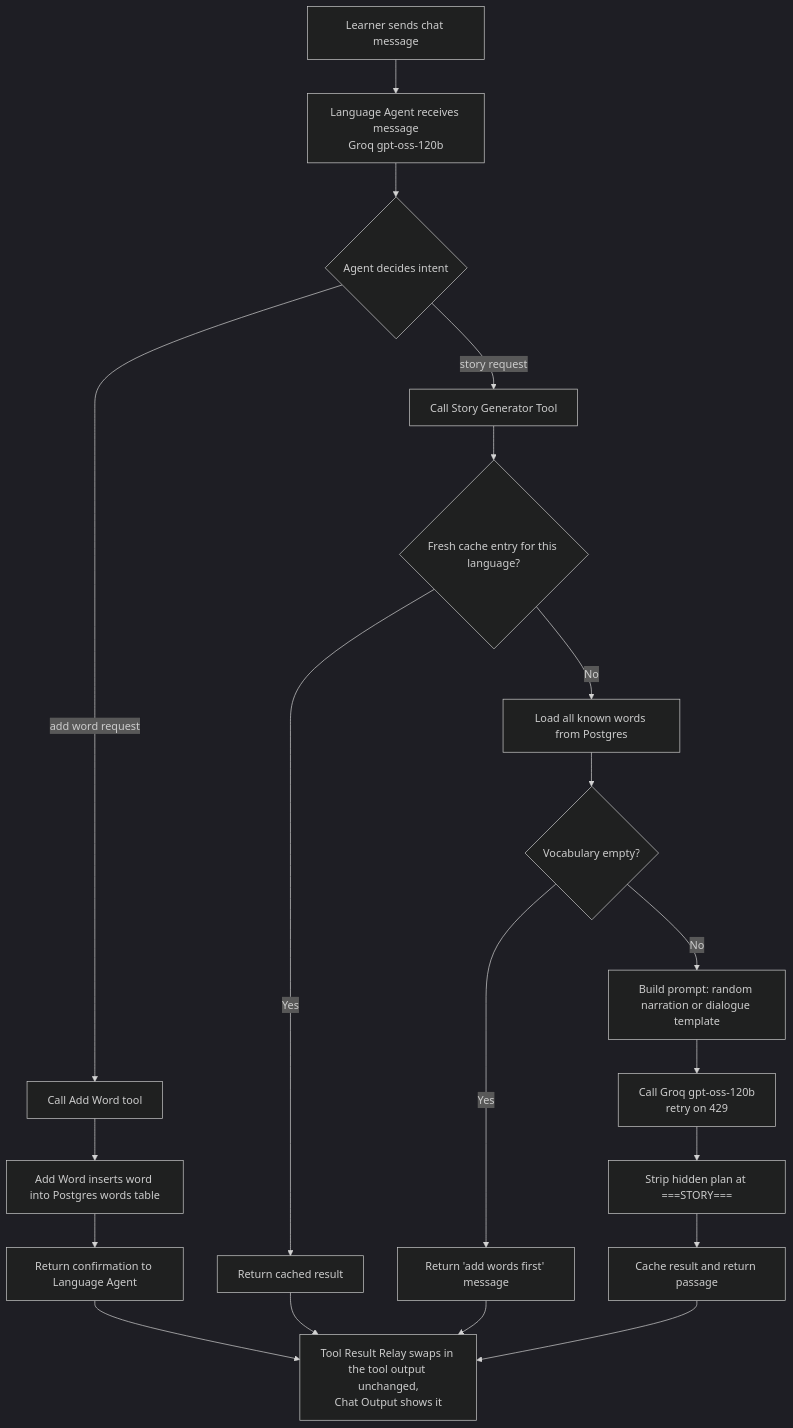
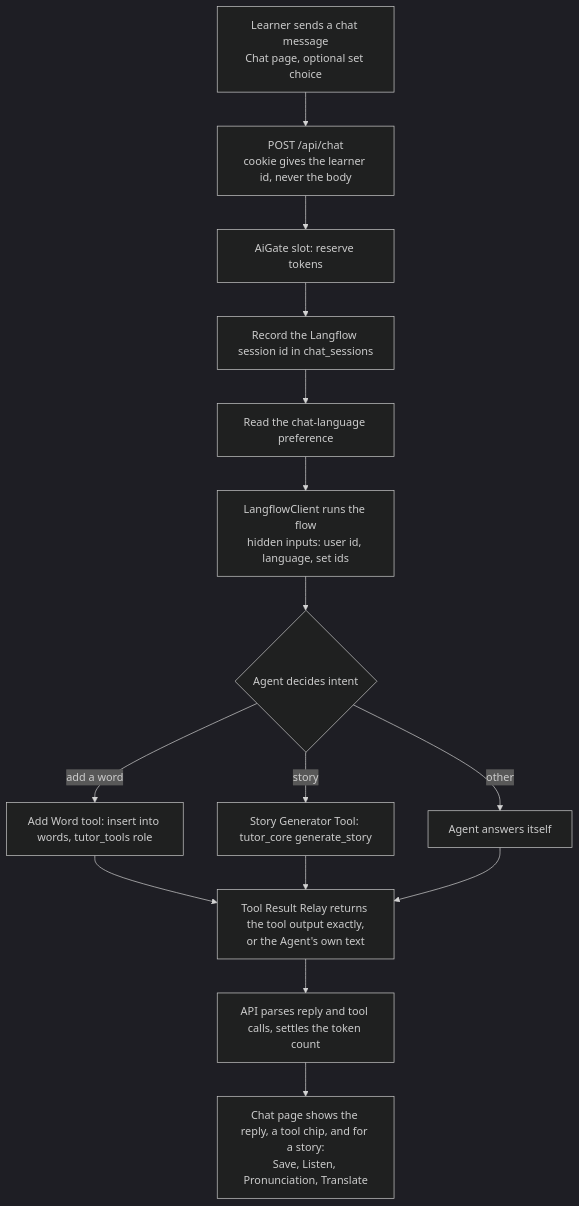
One commit to stanley-yang-2001/bpllc_project changed the first of 3 diagrams in docs/workflow-diagram.md. Above: the diagram before and after it, drawn with Mermaid (dark theme). The commit also changed other lines of this file and 127 other files, not shown here.

First line of the commit message:
Word sets, read aloud, pronunciation and translation, SOLID refactor, current diagrams (patches 0027 to 0031 combined)

````diff
--- a/docs/workflow-diagram.md
+++ b/docs/workflow-diagram.md
@@ -3,25 +8,17 @@
 ```mermaid
 flowchart TD
-    A[Learner sends chat message] --> B[Language Agent receives message<br/>Groq gpt-oss-120b]
-    B --> C{Agent decides intent}
-
-    C -->|"add word" request| D[Call Add Word tool]
-    C -->|"story" request| E[Call Story Generator Tool]
-
-    D --> D1[Add Word inserts word into Postgres words table]
-    D1 --> D2[Return confirmation to Language Agent]
-    D2 --> Z[Tool Result Relay swaps in the tool output unchanged,<br/>Chat Output shows it]
-
-    E --> E0{Fresh cache entry for this language?}
-    E0 -->|Yes| E7[Return cached result]
-    E0 -->|No| E1[Load all known words from Postgres]
-    E1 --> E2{Vocabulary empty?}
-    E2 -->|Yes| E3[Return 'add words first' message]
-    E2 -->|No| E4[Build prompt: random narration or dialogue template]
-    E4 --> E5[Call Groq gpt-oss-120b<br/>retry on 429]
-    E5 --> E6[Strip hidden plan at ===STORY===]
-    E6 --> E8[Cache result and return passage]
-    E7 --> Z
-    E3 --> Z
-    E8 --> Z
+    A[Learner sends a chat message<br/>Chat page, optional set choice] --> B[POST /api/chat<br/>cookie gives the learner id, never the body]
+    B --> B1[AiGate slot: reserve tokens]
+    B1 --> B2[Record the Langflow session id in chat_sessions]
+    B2 --> B3[Read the chat-language preference]
+    B3 --> C[LangflowClient runs the flow<br/>hidden inputs: user id, language, set ids]
+    C --> D{Agent decides intent}
+    D -->|add a word| E[Add Word tool: insert into words, tutor_tools role]
+    D -->|story| F[Story Generator Tool: tutor_core generate_story]
+    D -->|other| G[Agent answers itself]
+    E --> Z
+    F --> Z
+    G --> Z[Tool Result Relay returns the tool output exactly,<br/>or the Agent's own text]
+    Z --> H[API parses reply and tool calls, settles the token count]
+    H --> I[Chat page shows the reply, a tool chip, and for a story:<br/>Save, Listen, Pronunciation, Translate]
 ```
````
